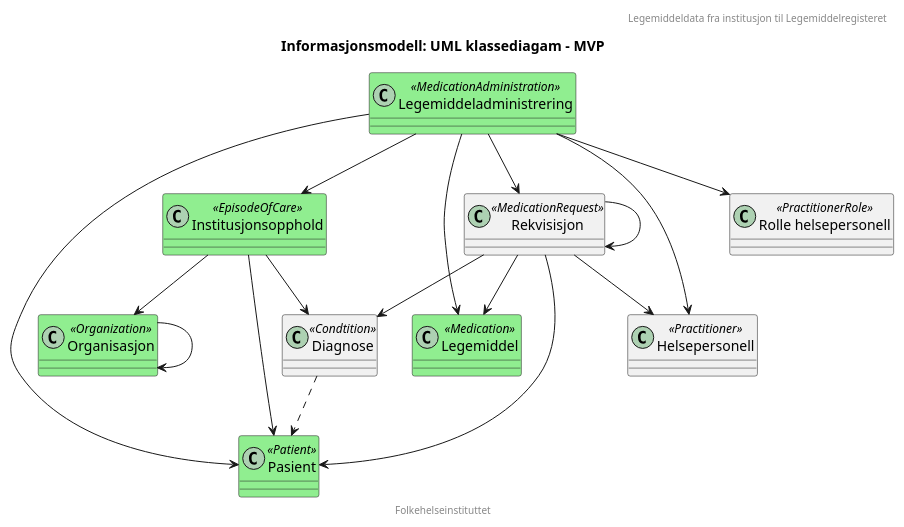
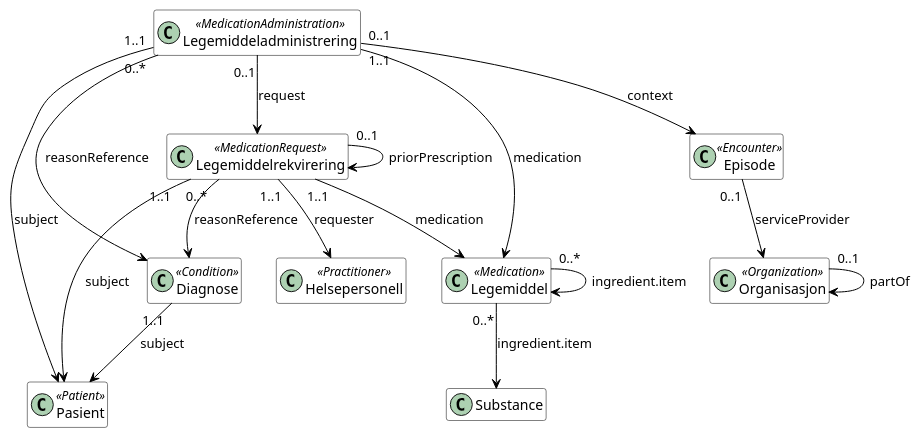
One commit to HL7Norway/LMDI changed the diagram in currentbuild/informasjonsmodell-enkel.plantuml. Above: the diagram before and after it, drawn with PlantUML. The commit also changed other lines of this file and 461 other files, not shown here.

```diff
--- a/currentbuild/informasjonsmodell-enkel.plantuml
+++ b/currentbuild/informasjonsmodell-enkel.plantuml
@@ -1,56 +1,36 @@
 @startuml
 
-header "Legemiddeldata fra institusjon til Legemiddelregisteret"
-title "Informasjonsmodell: UML klassediagam - MVP"
-footer "Folkehelseinstituttet"
-
-class Pasient <<Patient>> #lightgreen {
+hide empty members
+skinparam class {
+    BackgroundColor White
+    ArrowColor Black
+    BorderColor Black
 }
 
-class Legemiddeladministrering <<MedicationAdministration>> #lightgreen {
-}
+class Diagnose <<Condition>>
+class Episode <<Encounter>>
+class Helsepersonell <<Practitioner>>
+class Legemiddel <<Medication>>
+class Legemiddeladministrering <<MedicationAdministration>>
+class Legemiddelrekvirering <<MedicationRequest>>
+class Organisasjon <<Organization>>
+class Pasient <<Patient>>
+class Substance
 
-Legemiddeladministrering --> Legemiddel 
-Legemiddeladministrering --> Pasient
-Legemiddeladministrering --> Helsepersonell
-Legemiddeladministrering --> "Rolle helsepersonell"
-Legemiddeladministrering --> Rekvisisjon
-Legemiddeladministrering --> Institusjonsopphold
-
-class Legemiddel <<Medication>> #lightgreen {
-}
-
-class Helsepersonell <<Practitioner>> {
-}
-class Organisasjon <<Organization>> #lightgreen {
-}
-
-Organisasjon --> Organisasjon
-
-class Institusjonsopphold <<EpisodeOfCare>> #lightgreen {
-}
-
-Institusjonsopphold --> Pasient
-Institusjonsopphold --> Organisasjon
-Institusjonsopphold --> Diagnose
-
-class Diagnose <<Condtition>> {
-}
-
-Diagnose ..> Pasient
-
-class Rekvisisjon <<MedicationRequest>> {
-}
-
-Rekvisisjon --> Diagnose
-Rekvisisjon --> Legemiddel
-Rekvisisjon --> Pasient
-Rekvisisjon --> Helsepersonell
-Rekvisisjon --> Rekvisisjon
-
-class "Rolle helsepersonell" <<PractitionerRole>> {
-}
-
-
+Diagnose "1..1" --> Pasient : "subject"
+Episode "0..1" --> Organisasjon : "serviceProvider"
+Legemiddel "0..*" --> Substance : "ingredient.item"
+Legemiddel "0..*" --> Legemiddel : "ingredient.item"
+Legemiddeladministrering "1..1" --> Legemiddel : "medication"
+Legemiddeladministrering "1..1" --> Pasient : "subject"
+Legemiddeladministrering "0..1" --> Episode : "context"
+Legemiddeladministrering "0..*" --> Diagnose : "reasonReference"
+Legemiddeladministrering "0..1" --> Legemiddelrekvirering : "request"
+Legemiddelrekvirering "1..1" --> Legemiddel : "medication"
+Legemiddelrekvirering "1..1" --> Pasient : "subject"
+Legemiddelrekvirering "1..1" --> Helsepersonell : "requester"
+Legemiddelrekvirering "0..*" --> Diagnose : "reasonReference"
+Legemiddelrekvirering "0..1" --> Legemiddelrekvirering : "priorPrescription"
+Organisasjon "0..1" --> Organisasjon : "partOf"
 
 @enduml
```
